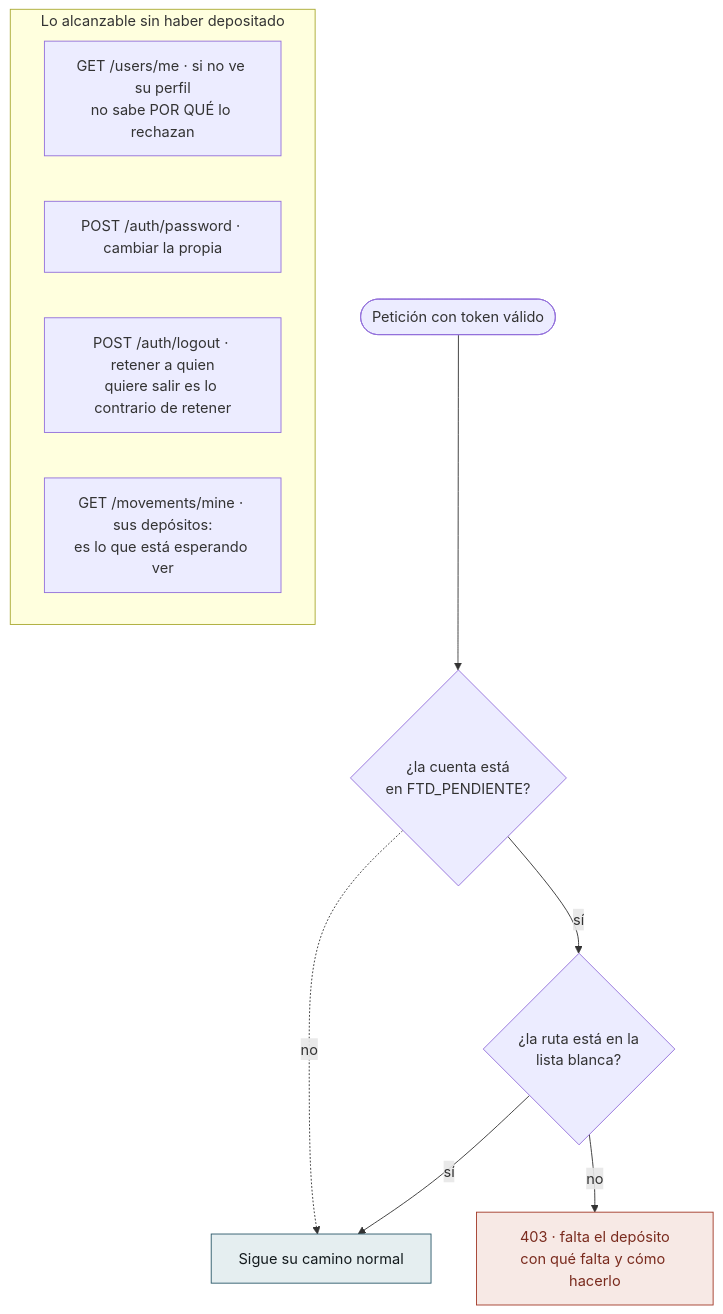
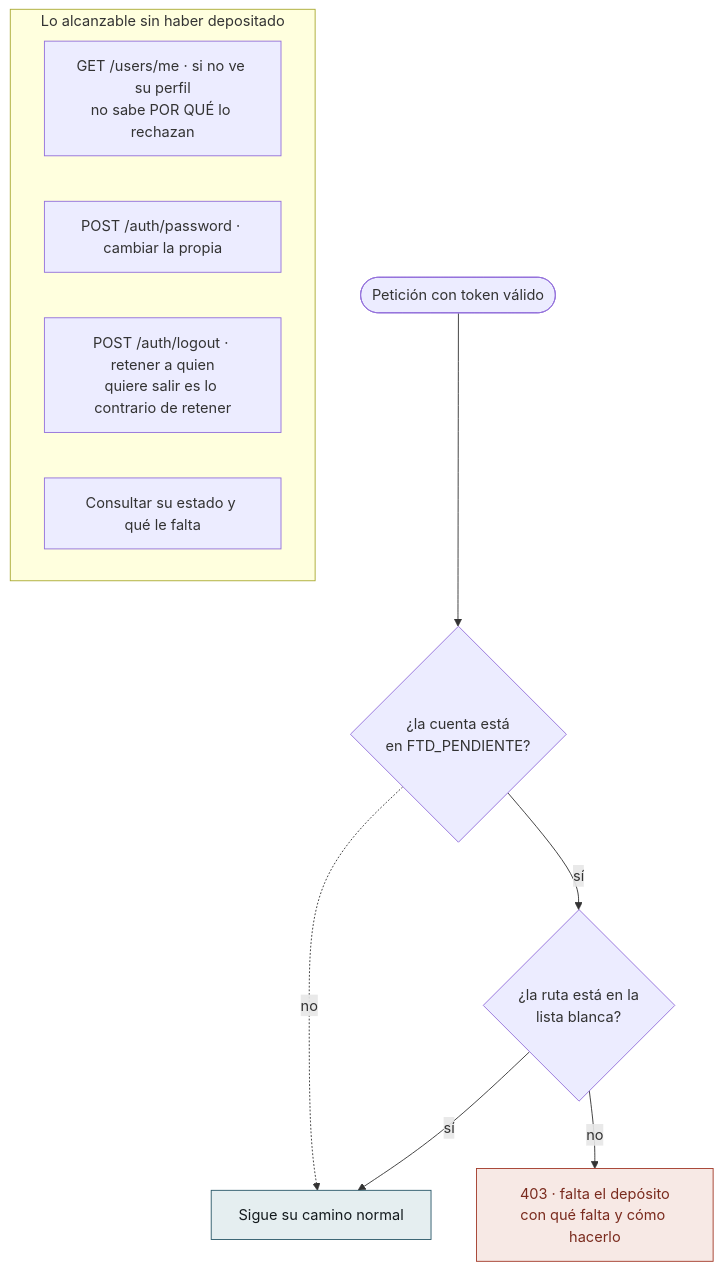
Before and after one commit to NexusPro-Dev/backend: diagram 44 of 44 in docs/flujos/sp/flujos-por-caso.md, drawn with Mermaid. The commit also changed other lines of this file and 12 other files, not shown here.

````diff
--- a/docs/flujos/sp/flujos-por-caso.md
+++ b/docs/flujos/sp/flujos-por-caso.md
@@ -1303,21 +1303,21 @@
 ```mermaid
 flowchart TD
     A(["Petición con token válido"])
     A --> V1{"¿la cuenta está<br/>en FTD_PENDIENTE?"}
     V1 -.->|no| P1["Sigue su camino normal"]
     V1 -->|sí| V2{"¿la ruta está en la<br/>lista blanca?"}
     V2 -->|sí| P1
     V2 -->|no| E1["403 · falta el depósito<br/>con qué falta y cómo hacerlo"]
 
     subgraph LB["Lo alcanzable sin haber depositado"]
         L1["GET /users/me · si no ve su perfil<br/>no sabe POR QUÉ lo rechazan"]
         L2["POST /auth/password · cambiar la propia"]
         L3["POST /auth/logout · retener a quien<br/>quiere salir es lo contrario de retener"]
-        L4["GET /movements/mine · sus depósitos:<br/>es lo que está esperando ver"]
+        L4["Consultar su estado y qué le falta"]
     end
 
     classDef ex fill:#F7E9E5,stroke:#A33B2A,color:#7A2B1E
     classDef ok fill:#E5EEF0,stroke:#2D5A6B,color:#141B1E
     class E1 ex
     class P1 ok
 ```
````
